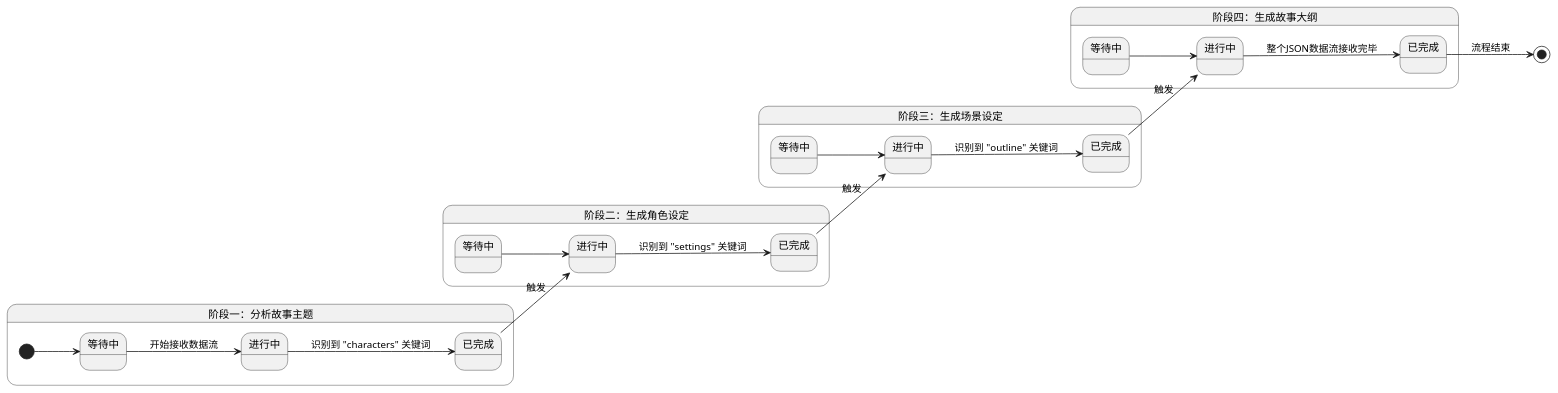
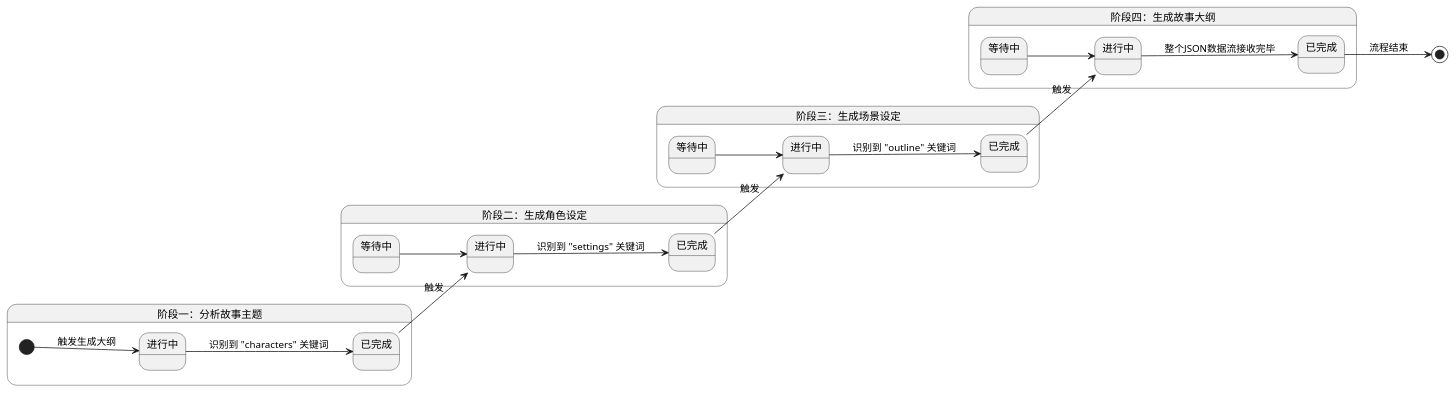
One commit to songwb89/Storybooks changed the second of 4 diagrams in AI绘本功能需求文档.md. Above: the diagram before and after it, drawn with PlantUML. The commit also changed other lines of this file, not shown here.

````diff
--- a/AI绘本功能需求文档.md
+++ b/AI绘本功能需求文档.md
@@ -109,49 +109,47 @@
     ```plantuml
     @startuml
 
     state "阶段一：分析故事主题" as S1 {
       left to right direction
-      state "等待中" as W1
       state "进行中" as R1
       state "已完成" as D1
-      [*] --> W1
-      W1 --> R1 : 开始接收数据流
+      [*] --> R1 : 触发生成大纲
       R1 --> D1 : 识别到 "characters" 关键词
     }
 
 
     state "阶段二：生成角色设定" as S2 {
       left to right direction
       state "等待中" as W2
       state "进行中" as R2
       state "已完成" as D2
       W2 --> R2
       R2 --> D2 : 识别到 "settings" 关键词
     }
 
 
     state "阶段三：生成场景设定" as S3 {
       left to right direction
       state "等待中" as W3
       state "进行中" as R3
       state "已完成" as D3
       W3 --> R3
       R3 --> D3 : 识别到 "outline" 关键词
     }
 
 
     state "阶段四：生成故事大纲" as S4 {
       left to right direction
       state "等待中" as W4
       state "进行中" as R4
       state "已完成" as D4
       W4 --> R4
       R4 --> D4 : 整个JSON数据流接收完毕
     }
 
     D1 --> R2 : 触发
     D2 --> R3 : 触发
     D3 --> R4 : 触发
     D4 --> [*] : 流程结束
     @enduml
     ```
````
